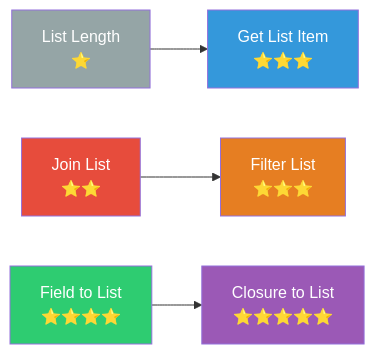
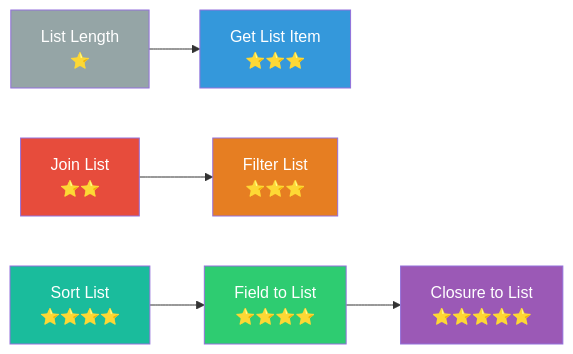
Before and after one commit to yunkezengren/blender-.vscode: the second of 7 diagrams in 杂/markdown/几何节点-列表/12-列表节点对比与设计总结.md, drawn with Mermaid. The commit also changed other lines of this file and 5 other files, not shown here.

````diff
--- a/杂/markdown/几何节点-列表/12-列表节点对比与设计总结.md
+++ b/杂/markdown/几何节点-列表/12-列表节点对比与设计总结.md
@@ -60,13 +63,15 @@
 ```mermaid
 graph LR
     LL2["List Length<br/>⭐"] --> GLI2["Get List Item<br/>⭐⭐⭐"]
     JL2["Join List<br/>⭐⭐"] --> FL2["Filter List<br/>⭐⭐⭐"]
-    F2L2["Field to List<br/>⭐⭐⭐⭐"] --> C2L2["Closure to List<br/>⭐⭐⭐⭐⭐"]
+    SL2["Sort List<br/>⭐⭐⭐⭐"] --> F2L2["Field to List<br/>⭐⭐⭐⭐"]
+    F2L2 --> C2L2["Closure to List<br/>⭐⭐⭐⭐⭐"]
 
     style LL2 fill:#95a5a6,color:#fff
     style JL2 fill:#e74c3c,color:#fff
     style GLI2 fill:#3498db,color:#fff
     style FL2 fill:#e67e22,color:#fff
+    style SL2 fill:#1abc9c,color:#fff
     style F2L2 fill:#2ecc71,color:#fff
     style C2L2 fill:#9b59b6,color:#fff
 ```
````
